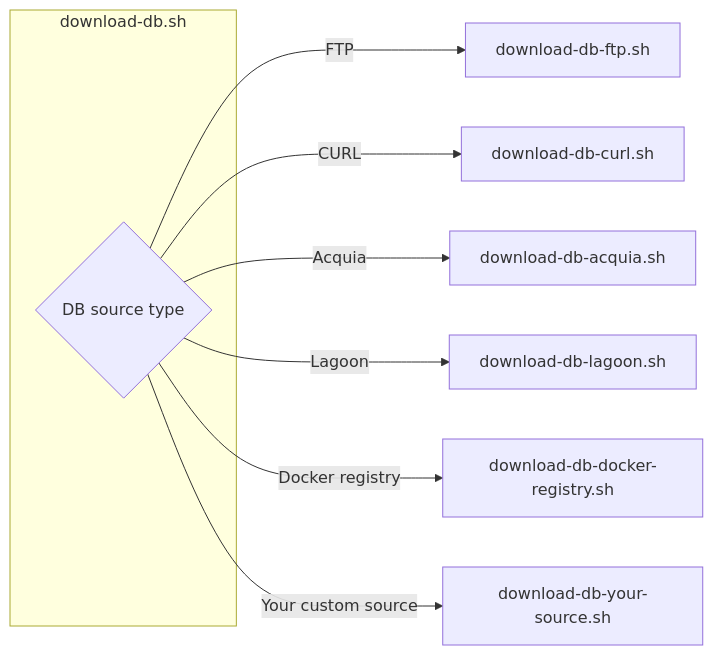
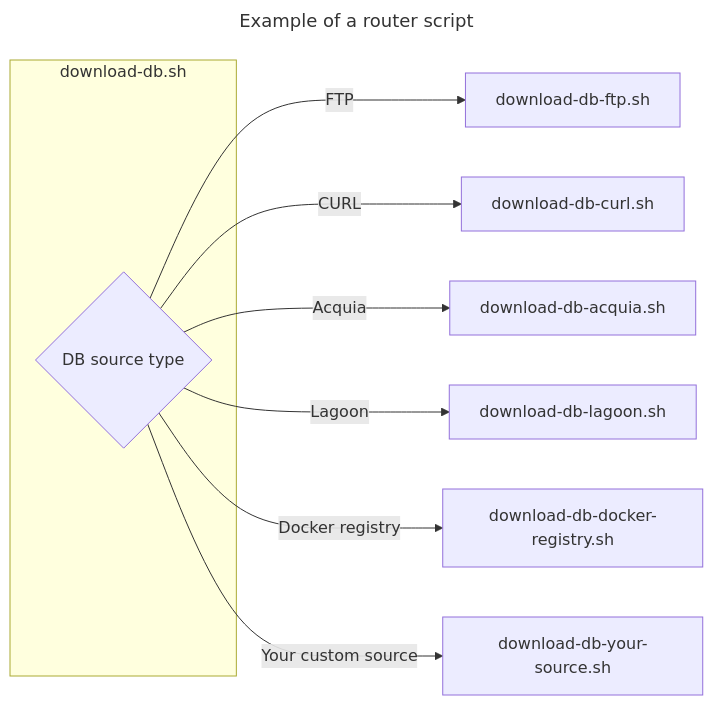
Before and after one commit to drevops/vortex: the second of 2 diagrams in .drevops/docs/content/introduction/architecture.md, drawn with Mermaid. The commit also changed other lines of this file and 60 other files, not shown here.

````diff
--- a/.drevops/docs/content/introduction/architecture.md
+++ b/.drevops/docs/content/introduction/architecture.md
@@ -135,12 +136,15 @@
-```mermaid
-flowchart LR
-    subgraph download-db.sh
-        F{DB source type}
-    end
-    F -- FTP --> G[download-db-ftp.sh]
-    F -- CURL --> H[download-db-curl.sh]
-    F -- Acquia --> I[download-db-acquia.sh]
-    F -- Lagoon --> J[download-db-lagoon.sh]
-    F -- Docker registry --> K[download-db-docker-registry.sh]
-    F -- Your custom source --> L[download-db-your-source.sh]
-```
+    ```mermaid
+    ---
+    title: Example of a router script
+    ---
+    flowchart LR
+        subgraph download-db.sh
+            F{DB source type}
+        end
+        F -- FTP --> G[download-db-ftp.sh]
+        F -- CURL --> H[download-db-curl.sh]
+        F -- Acquia --> I[download-db-acquia.sh]
+        F -- Lagoon --> J[download-db-lagoon.sh]
+        F -- Docker registry --> K[download-db-docker-registry.sh]
+        F -- Your custom source --> L[download-db-your-source.sh]
+    ```
````
